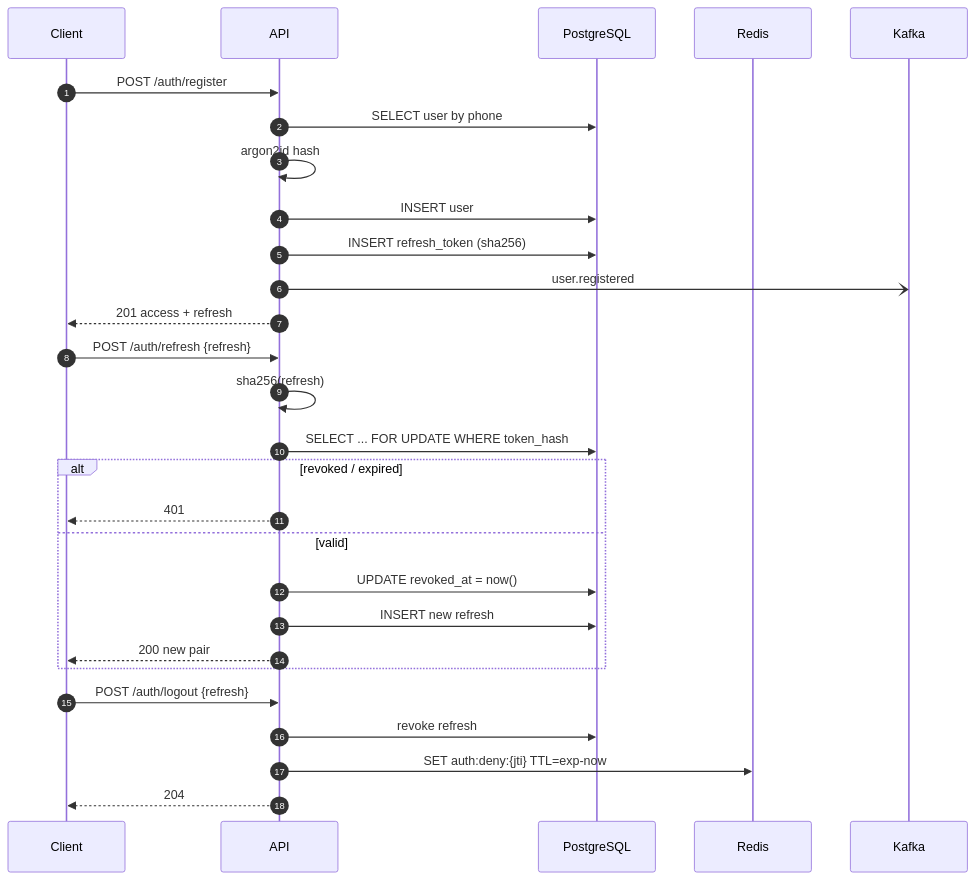
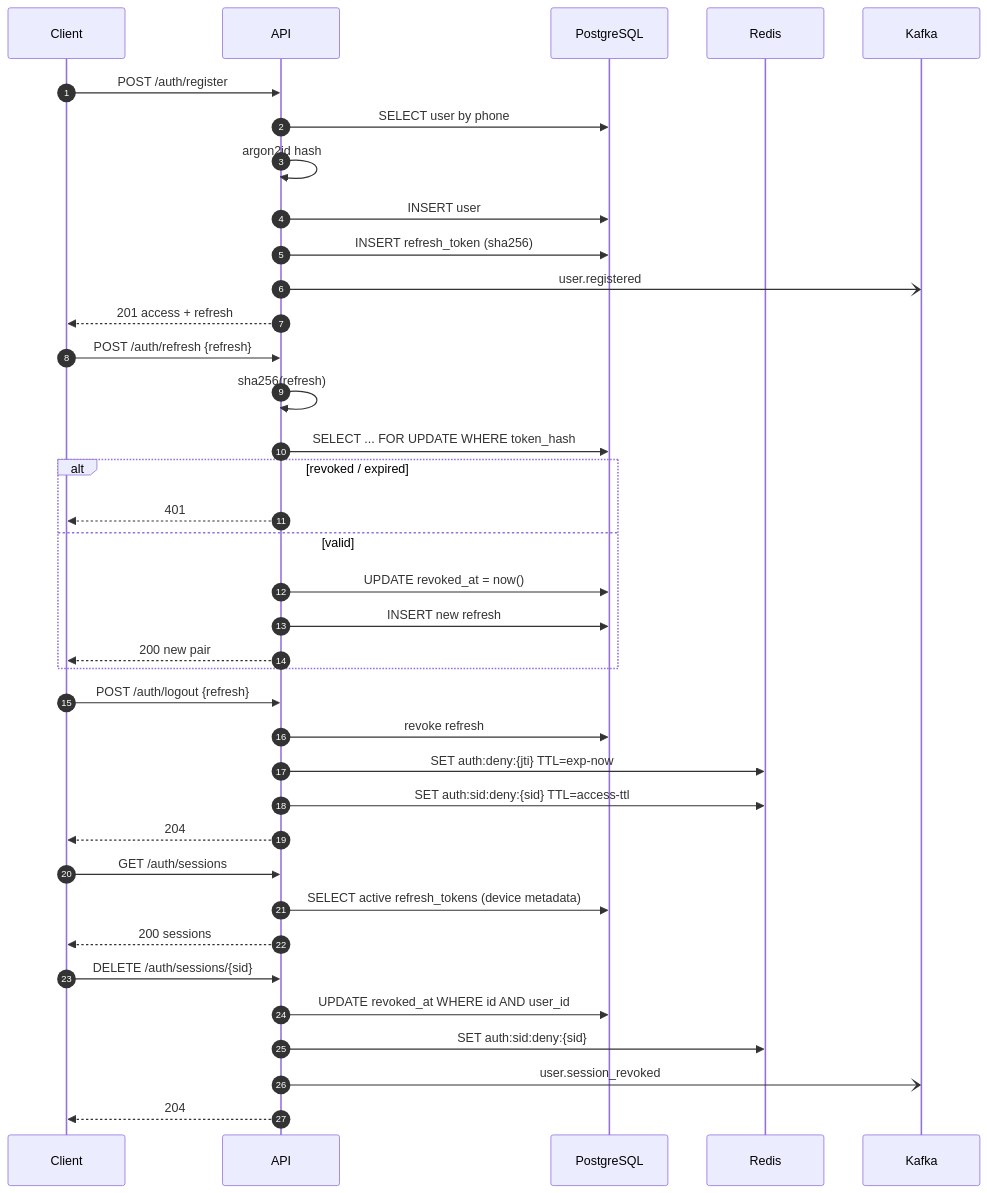
Before and after one commit to JamikKhidirov/GetContactBackend: the third of 6 diagrams in docs/ARCHITECTURE.md, drawn with Mermaid. The commit also changed other lines of this file and 30 other files, not shown here.

````diff
--- a/docs/ARCHITECTURE.md
+++ b/docs/ARCHITECTURE.md
@@ -175,33 +175,44 @@
 ```mermaid
 sequenceDiagram
     autonumber
     participant C as Client
     participant A as API
     participant P as PostgreSQL
     participant R as Redis
     participant K as Kafka
 
     C->>A: POST /auth/register
     A->>P: SELECT user by phone
     A->>A: argon2id hash
     A->>P: INSERT user
     A->>P: INSERT refresh_token (sha256)
     A-)K: user.registered
     A-->>C: 201 access + refresh
 
     C->>A: POST /auth/refresh {refresh}
     A->>A: sha256(refresh)
     A->>P: SELECT ... FOR UPDATE WHERE token_hash
     alt revoked / expired
         A-->>C: 401
     else valid
         A->>P: UPDATE revoked_at = now()
         A->>P: INSERT new refresh
         A-->>C: 200 new pair
     end
 
     C->>A: POST /auth/logout {refresh}
     A->>P: revoke refresh
     A->>R: SET auth:deny:{jti} TTL=exp-now
+    A->>R: SET auth:sid:deny:{sid} TTL=access-ttl
+    A-->>C: 204
+
+    C->>A: GET /auth/sessions
+    A->>P: SELECT active refresh_tokens (device metadata)
+    A-->>C: 200 sessions
+
+    C->>A: DELETE /auth/sessions/{sid}
+    A->>P: UPDATE revoked_at WHERE id AND user_id
+    A->>R: SET auth:sid:deny:{sid}
+    A-)K: user.session_revoked
     A-->>C: 204
 ```
````
